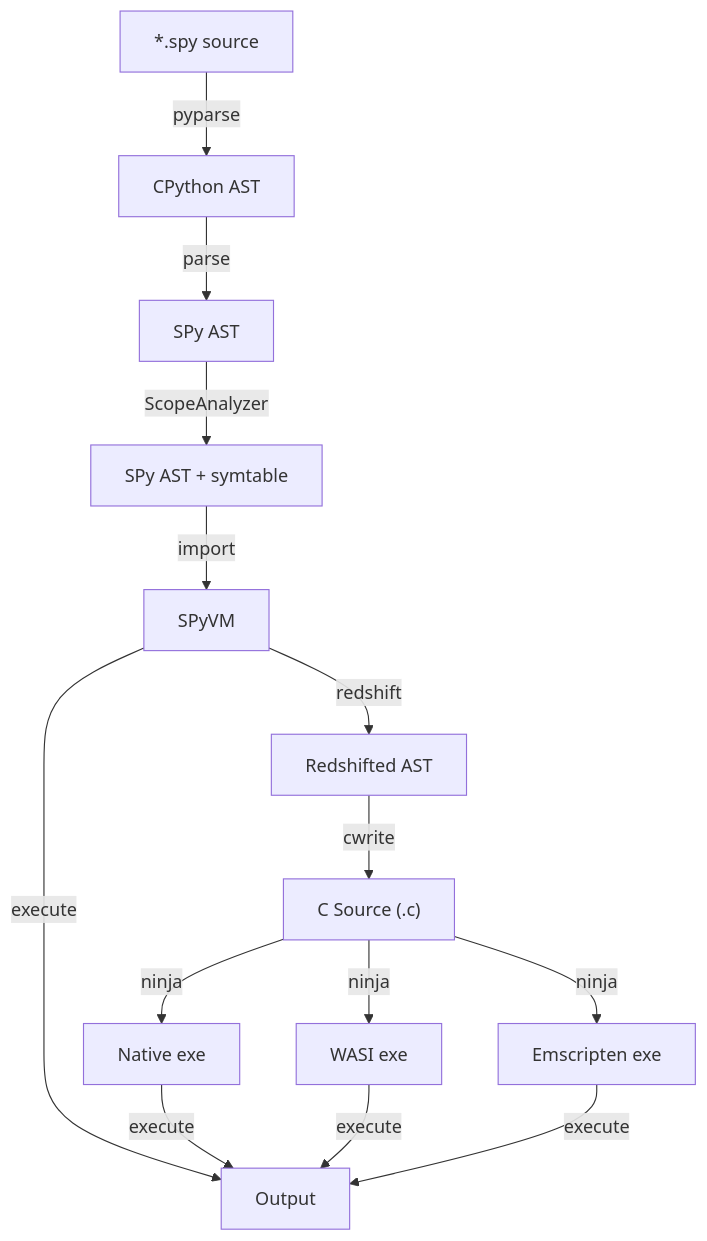
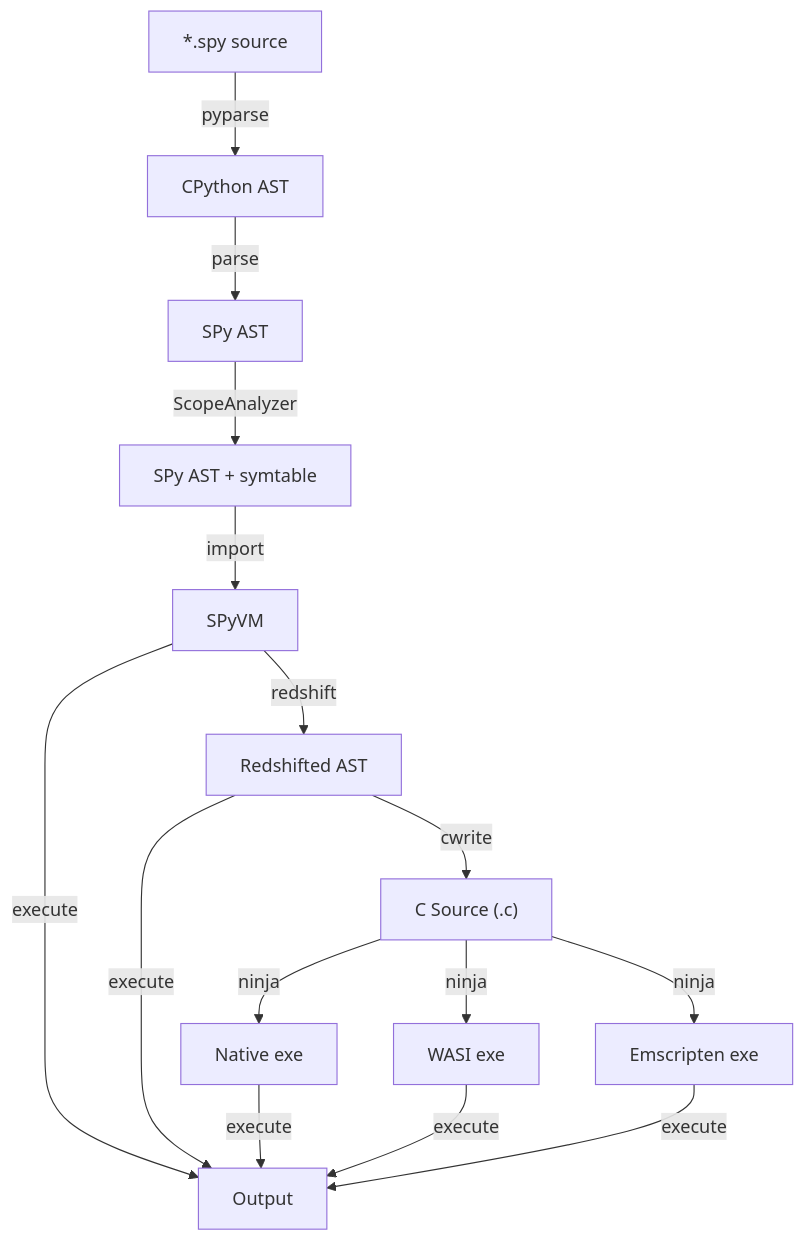
The diagram in README.md (spylang/spy), drawn with Mermaid before and after one commit.

Commit message:
Docs: show execute after redshift

````diff
--- a/README.md
+++ b/README.md
@@ -152,23 +152,24 @@
 ```mermaid
 graph TD
 
     SRC["*.spy source"]
     PYAST["CPython AST"]
     AST["SPy AST"]
     SYMAST["SPy AST + symtable"]
     SPyVM["SPyVM"]
     REDSHIFTED["Redshifted AST"]
     OUT["Output"]
     C["C Source (.c)"]
     EXE_NAT["Native exe"]
     EXE_WASI["WASI exe"]
     EXE_EM["Emscripten exe"]
 
     %% Core pipeline
     SRC -- pyparse --> PYAST -- parse --> AST -- ScopeAnalyzer --> SYMAST
     SYMAST -- import --> SPyVM -- execute --> OUT
-    SPyVM -- redshift --> REDSHIFTED -- cwrite --> C
+    SPyVM -- redshift --> REDSHIFTED -- execute --> OUT
+    REDSHIFTED -- cwrite --> C
     C -- ninja --> EXE_NAT -- execute --> OUT
     C -- ninja --> EXE_WASI -- execute --> OUT
     C -- ninja --> EXE_EM -- execute --> OUT
 ```
````
